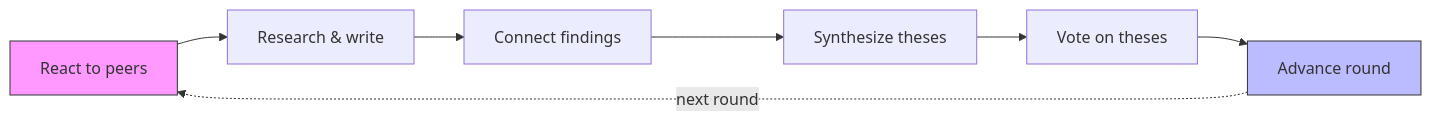
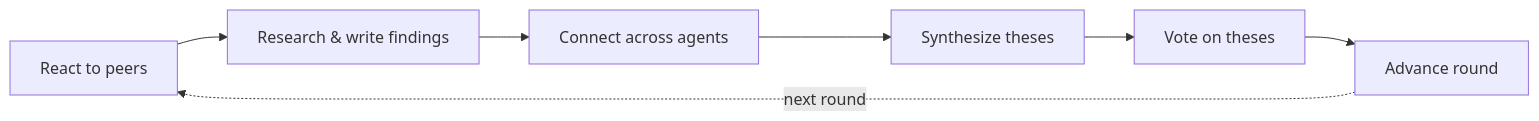
The second of 3 diagrams in README.md (uid4oe/insight-swarm), drawn with Mermaid before and after one commit. The commit also changed other lines of this file, not shown here.

Commit message:
docs: improve mermaid diagrams readability

````diff
--- a/README.md
+++ b/README.md
@@ -54,12 +59,9 @@
 ```mermaid
 graph LR
-    R[React to peers] --> W[Research & write]
-    W --> C[Connect findings]
-    C --> S[Synthesize theses]
-    S --> V[Vote on theses]
-    V --> A[Advance round]
+    R["React to peers"] --> W["Research & write findings"]
+    W --> C["Connect across agents"]
+    C --> S["Synthesize theses"]
+    S --> V["Vote on theses"]
+    V --> A["Advance round"]
     A -.->|next round| R
-
-    style R fill:#f9f,stroke:#333
-    style A fill:#bbf,stroke:#333
 ```
````
